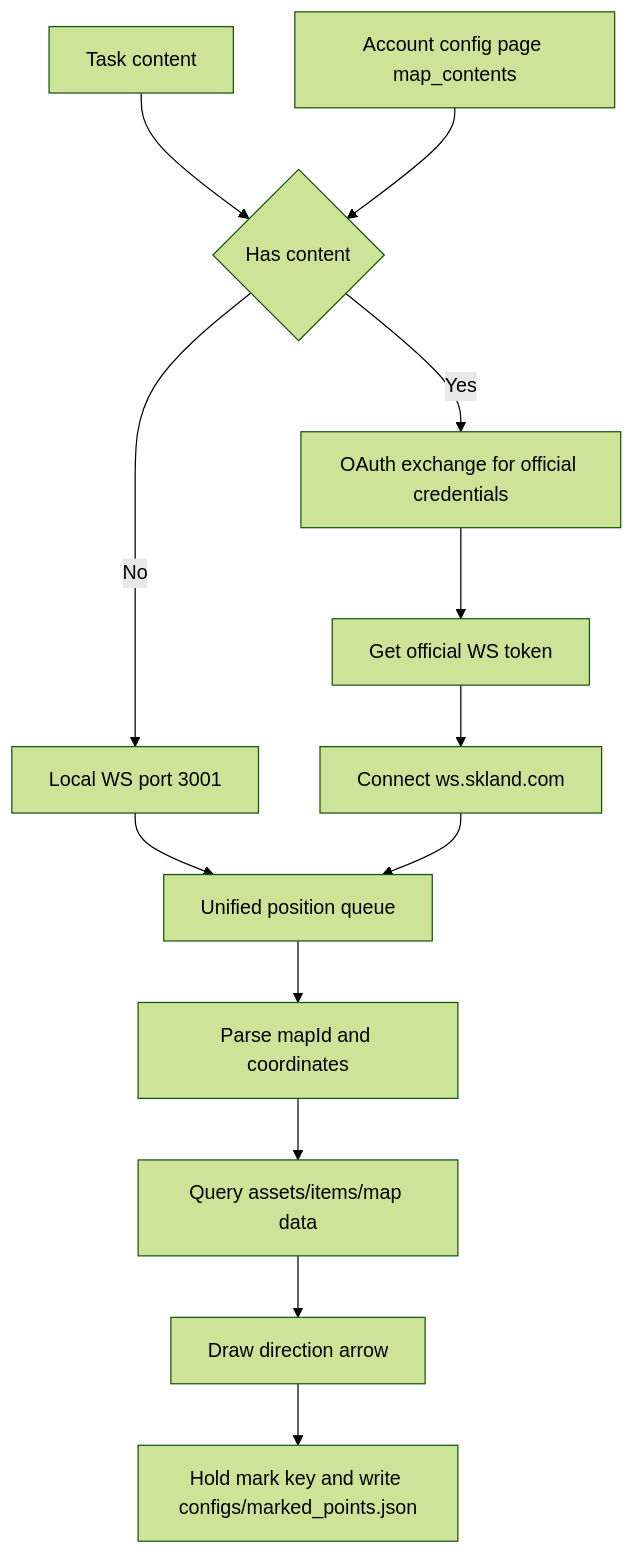
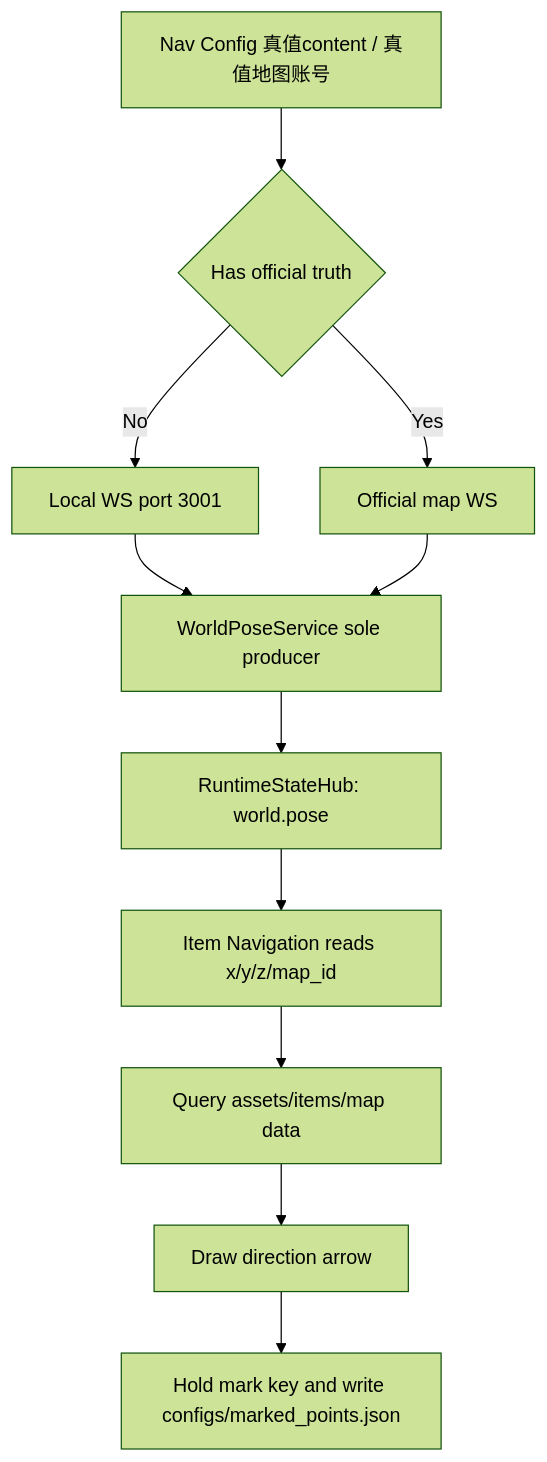
The diagram in docs/en/item-navigation.md (AliceJump/ok-end-field), drawn with Mermaid (forest theme) before and after one commit. The commit also changed other lines of this file and 248 other files, not shown here.

````diff
--- a/docs/en/item-navigation.md
+++ b/docs/en/item-navigation.md
@@ -71,15 +71,13 @@
 ```mermaid
 flowchart TD
-    A[Task content] --> D{Has content}
-    B[Account config page map_contents] --> D
-    C[Local WS port 3001] --> H[Unified position queue]
-    D -->|Yes| E[OAuth exchange for official credentials]
-    E --> F[Get official WS token]
-    F --> G[Connect ws.skland.com]
-    D -->|No| C
-    G --> H
-    H --> I[Parse mapId and coordinates]
-    I --> J[Query assets/items/map data]
-    J --> K[Draw direction arrow]
-    K --> L[Hold mark key and write configs/marked_points.json]
+    A[Nav Config 真值content / 真值地图账号] --> D{Has official truth}
+    B[Local WS port 3001] --> C[WorldPoseService sole producer]
+    D -->|Yes| E[Official map WS]
+    D -->|No| B
+    E --> C
+    C --> F[RuntimeStateHub: world.pose]
+    F --> G[Item Navigation reads x/y/z/map_id]
+    G --> H[Query assets/items/map data]
+    H --> I[Draw direction arrow]
+    I --> J[Hold mark key and write configs/marked_points.json]
 ```
````
